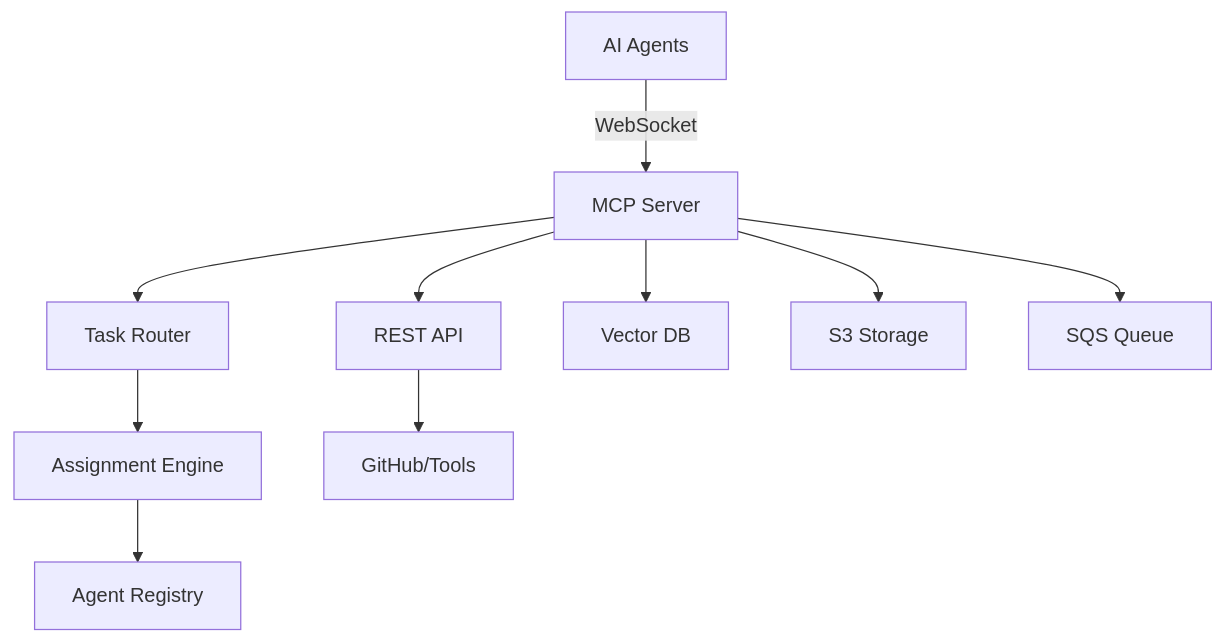
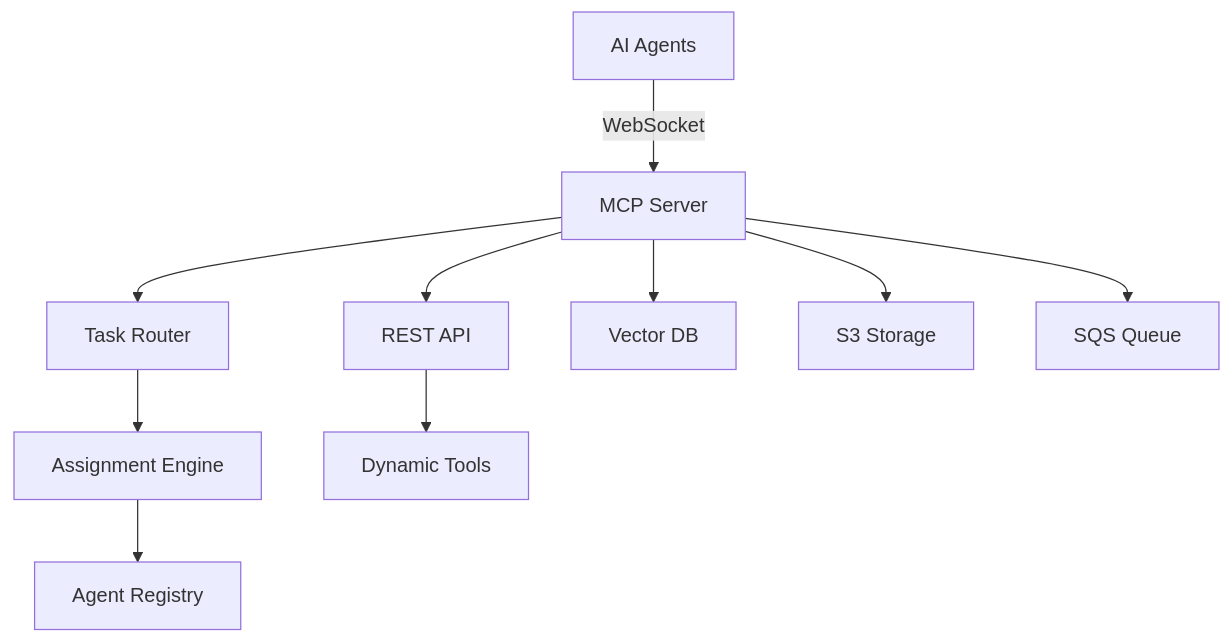
One commit to smartramana/developer-mesh changed the diagram in README.md. Above: the diagram before and after it, drawn with Mermaid. The commit also changed other lines of this file and 54 other files, not shown here.

````diff
--- a/README.md
+++ b/README.md
@@ -78,12 +85,12 @@
 ```mermaid
 graph TD
     A[AI Agents] -->|WebSocket| B[MCP Server]
     B --> C[Task Router]
     C --> D[Assignment Engine]
     D --> E[Agent Registry]
     B --> F[REST API]
-    F --> G[GitHub/Tools]
+    F --> G[Dynamic Tools]
     B --> H[Vector DB]
     B --> I[S3 Storage]
     B --> J[SQS Queue]
 ```
````
